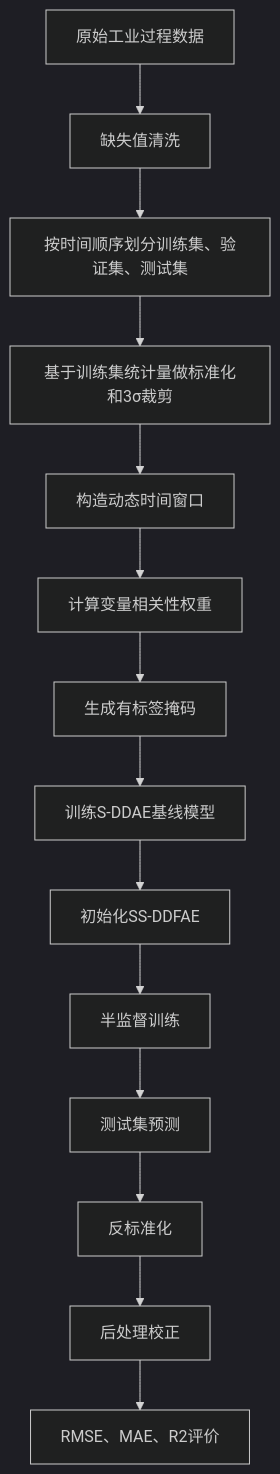
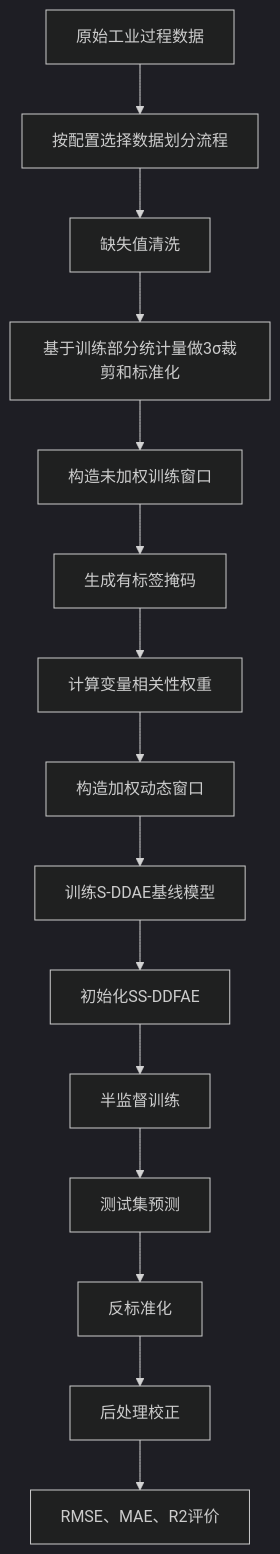
Before and after one commit to HT3301601278/DeepQuality: the first of 8 diagrams in 项目算法说明.md, drawn with Mermaid (dark theme). The commit also changed other lines of this file and 2 other files, not shown here.

Commit message:
完善

````diff
--- a/项目算法说明.md
+++ b/项目算法说明.md
@@ -14,16 +14,17 @@
 ```mermaid
 flowchart TD
-    A["原始工业过程数据"] --> B["缺失值清洗"]
-    B --> C["按时间顺序划分训练集、验证集、测试集"]
-    C --> D["基于训练集统计量做标准化和3σ裁剪"]
-    D --> E["构造动态时间窗口"]
-    E --> F["计算变量相关性权重"]
-    F --> G["生成有标签掩码"]
-    G --> H["训练S-DDAE基线模型"]
-    H --> I["初始化SS-DDFAE"]
-    I --> J["半监督训练"]
-    J --> K["测试集预测"]
-    K --> L["反标准化"]
-    L --> M["后处理校正"]
-    M --> N["RMSE、MAE、R2评价"]
+    A["原始工业过程数据"] --> B["按配置选择数据划分流程"]
+    B --> C["缺失值清洗"]
+    C --> D["基于训练部分统计量做3σ裁剪和标准化"]
+    D --> E["构造未加权训练窗口"]
+    E --> F["生成有标签掩码"]
+    F --> G["计算变量相关性权重"]
+    G --> H["构造加权动态窗口"]
+    H --> I["训练S-DDAE基线模型"]
+    I --> J["初始化SS-DDFAE"]
+    J --> K["半监督训练"]
+    K --> L["测试集预测"]
+    L --> M["反标准化"]
+    M --> N["后处理校正"]
+    N --> O["RMSE、MAE、R2评价"]
 ```
````
